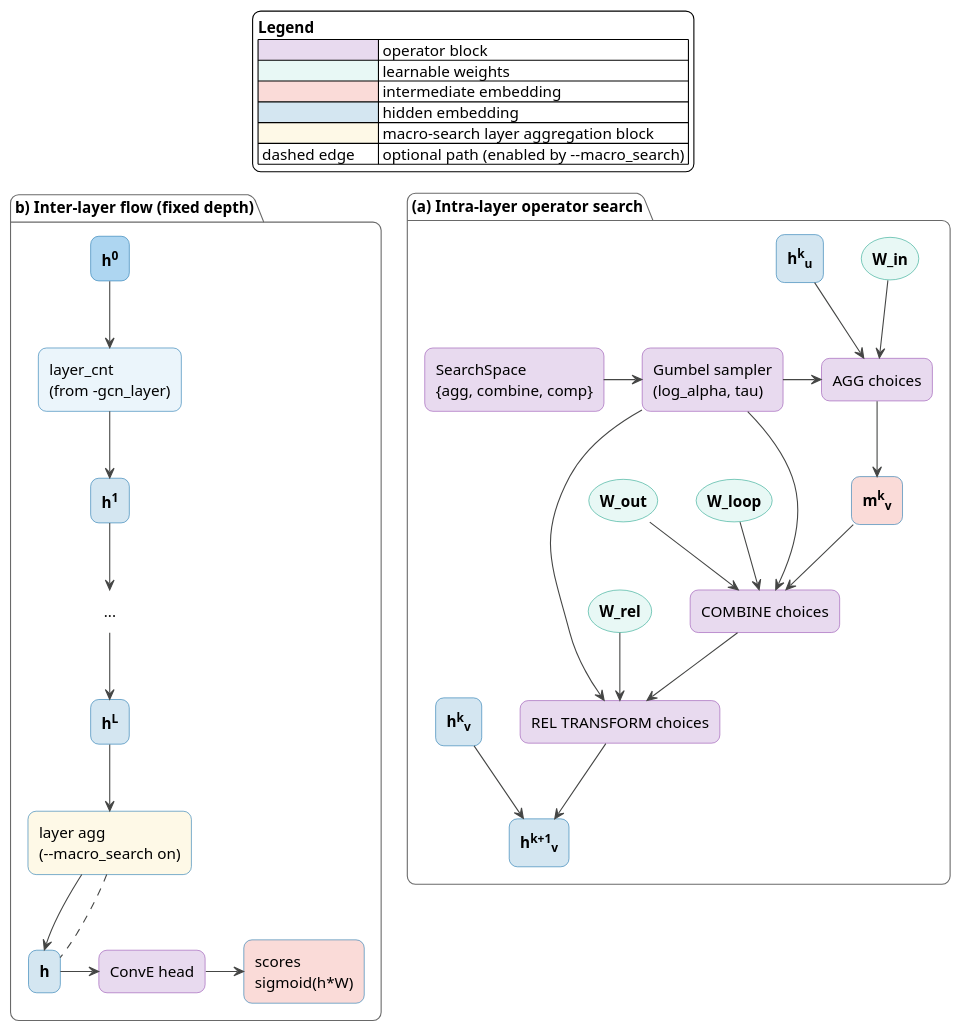
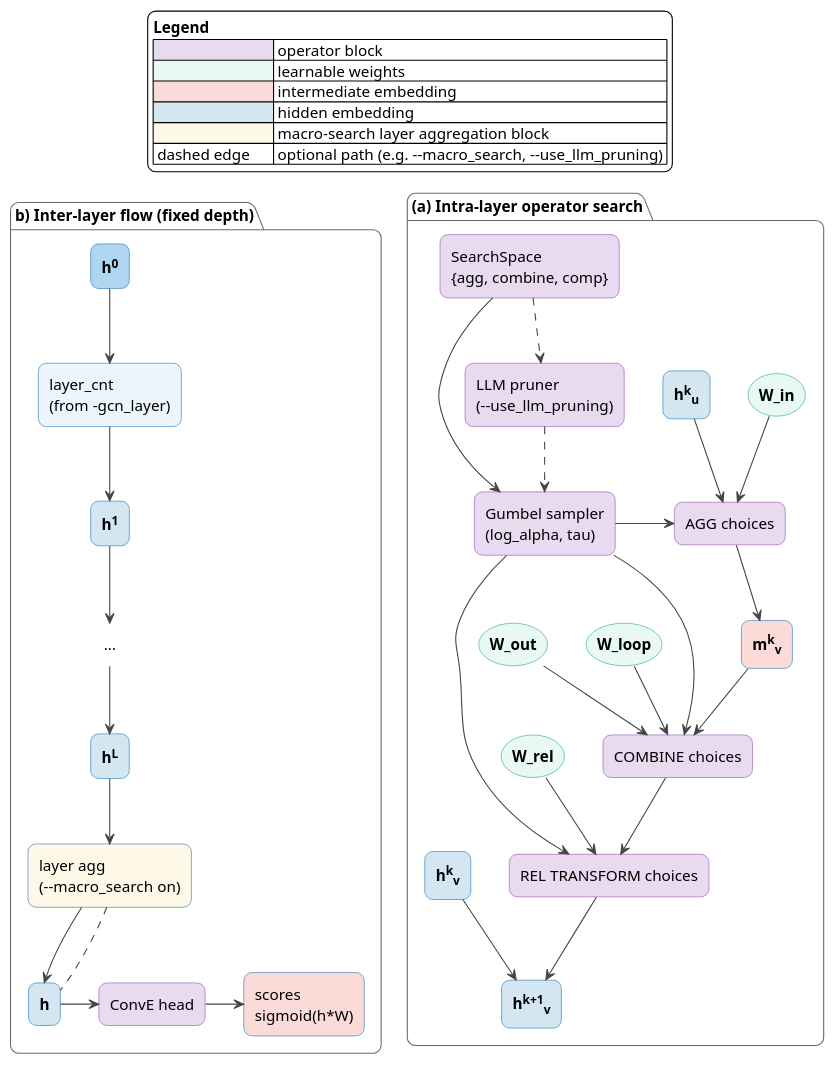
One commit to sap-13/PRiGNN changed the diagram in diagram.puml. Above: the diagram before and after it, drawn with PlantUML.

Commit message:
finalized diagram

```diff
--- a/diagram.puml
+++ b/diagram.puml
@@ -1,90 +1,93 @@
 @startuml
 !theme vibrant
 
 skinparam defaultFontName sans-serif
 skinparam shadowing false
 skinparam roundCorner 15
 skinparam rectangle {
     BackgroundColor #EBF5FB
     BorderColor #0E6BA8
 }
 skinparam agent {
     BackgroundColor #E8DAEF
     BorderColor #8E44AD
 }
 skinparam storage {
     BackgroundColor #E8F8F5
     BorderColor #16A085
 }
 skinparam rectangle<<operator>> {
     BackgroundColor #E8DAEF
     BorderColor #8E44AD
 }
 hide stereotype
 
 legend top
 <font size=14><b>Legend</b></font>
 | <#E8DAEF>   | operator block |
 | <#E8F8F5>   | learnable weights |
 | <#FADBD8>   | intermediate embedding |
 | <#D4E6F1>   | hidden embedding |
 | <#FEF9E7>   | macro-search layer aggregation block |
-| dashed edge      | optional path (enabled by --macro_search) |
+| dashed edge      | optional path (e.g. &#45;&#45;macro_search, &#45;&#45;use_llm_pruning) |
 end legend
 
 package "(b) Inter-layer flow (fixed depth))" {
     rectangle "<b>h<sup>0</sup></b>" as h0 #AED6F1
     rectangle "layer_cnt\n(from -gcn_layer)" as layer_cnt
     rectangle "<b>h<sup>1</sup></b>" as h1 #D4E6F1
     label "..." as dots
     rectangle "<b>h<sup>L</sup></b>" as hL #D4E6F1
     rectangle "layer agg\n(--macro_search on)" as layer_agg #FEF9E7
     rectangle "<b>h</b>" as h_final #D4E6F1
     rectangle "ConvE head" as conve <<operator>>
     rectangle "scores\nsigmoid(h*W)" as scores #FADBD8
 
     h0 -d-> layer_cnt
     layer_cnt -d-> h1
     h1 -d-> dots
     dots -d-> hL
     hL -d-> layer_agg
     layer_agg -d-> h_final
     h_final -r-> conve
     conve -r-> scores
 
     layer_agg -[dashed]- h_final
 }
 
 package "(a) Intra-layer operator search" {
     agent "SearchSpace\n{agg, combine, comp}" as search_space
+    agent "LLM pruner\n(--use_llm_pruning)" as llm_pruner
     agent "Gumbel sampler\n(log_alpha, tau)" as gumbel
     storage "<b>W_loop</b>" as W_loop
     storage "<b>W_in</b>" as W_in
     storage "<b>W_out</b>" as W_out
     storage "<b>W_rel</b>" as W_rel
     rectangle "<b>h<sup>k</sup><sub>u</sub></b>" as h_u #D4E6F1
     rectangle "<b>h<sup>k</sup><sub>v</sub></b>" as h_v #D4E6F1
     rectangle "AGG choices" as agg_ops <<operator>>
     rectangle "COMBINE choices" as combine_ops <<operator>>
     rectangle "REL TRANSFORM choices" as comp_ops <<operator>>
     rectangle "<b>m<sup>k</sup><sub>v</sub></b>" as m_v #FADBD8
     rectangle "<b>h<sup>k+1</sup><sub>v</sub></b>" as h_v_next #D4E6F1
 
     search_space -r-> gumbel
+    search_space -[dashed]-> llm_pruner
+    llm_pruner -[dashed]-> gumbel
     gumbel -r-> agg_ops
     gumbel -r-> combine_ops
     gumbel -r-> comp_ops
 
     h_u --> agg_ops
     W_in --> agg_ops
     agg_ops --> m_v
     m_v --> combine_ops
     W_loop --> combine_ops
     W_out --> combine_ops
     combine_ops --> comp_ops
     W_rel --> comp_ops
     comp_ops --> h_v_next
     h_v --> h_v_next
 }
 
 @enduml
```
